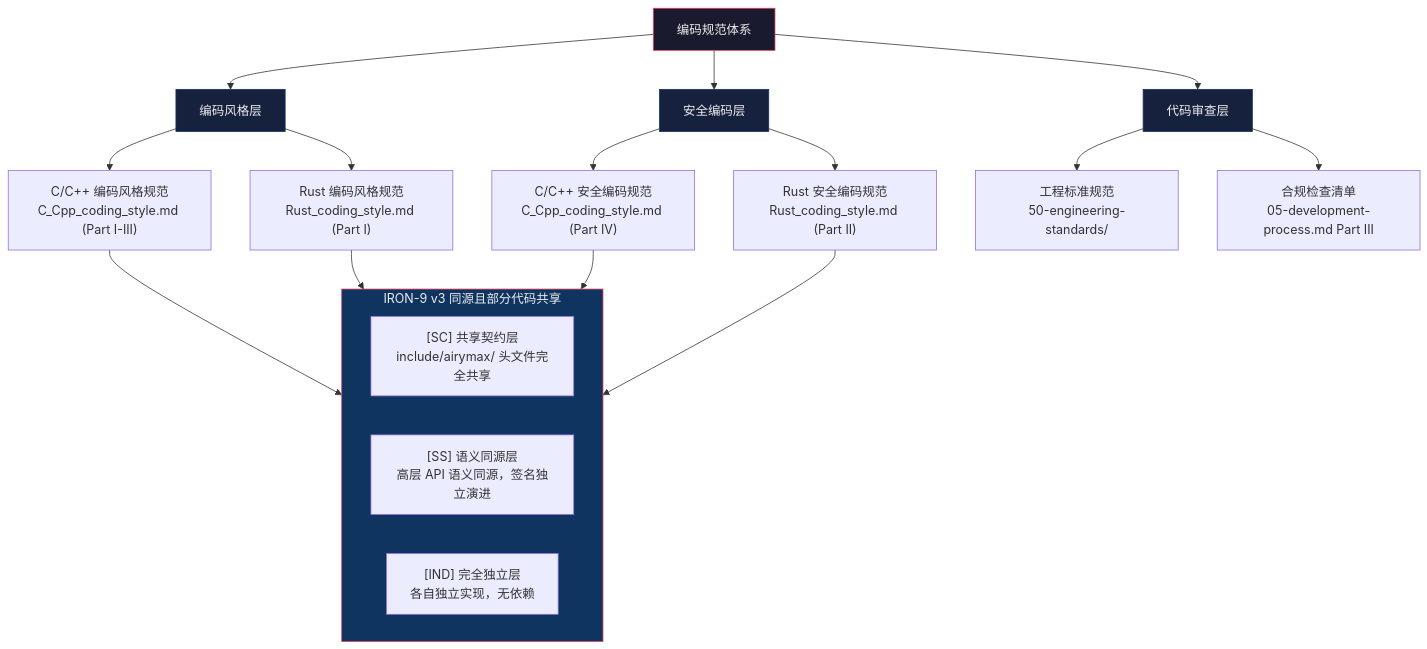
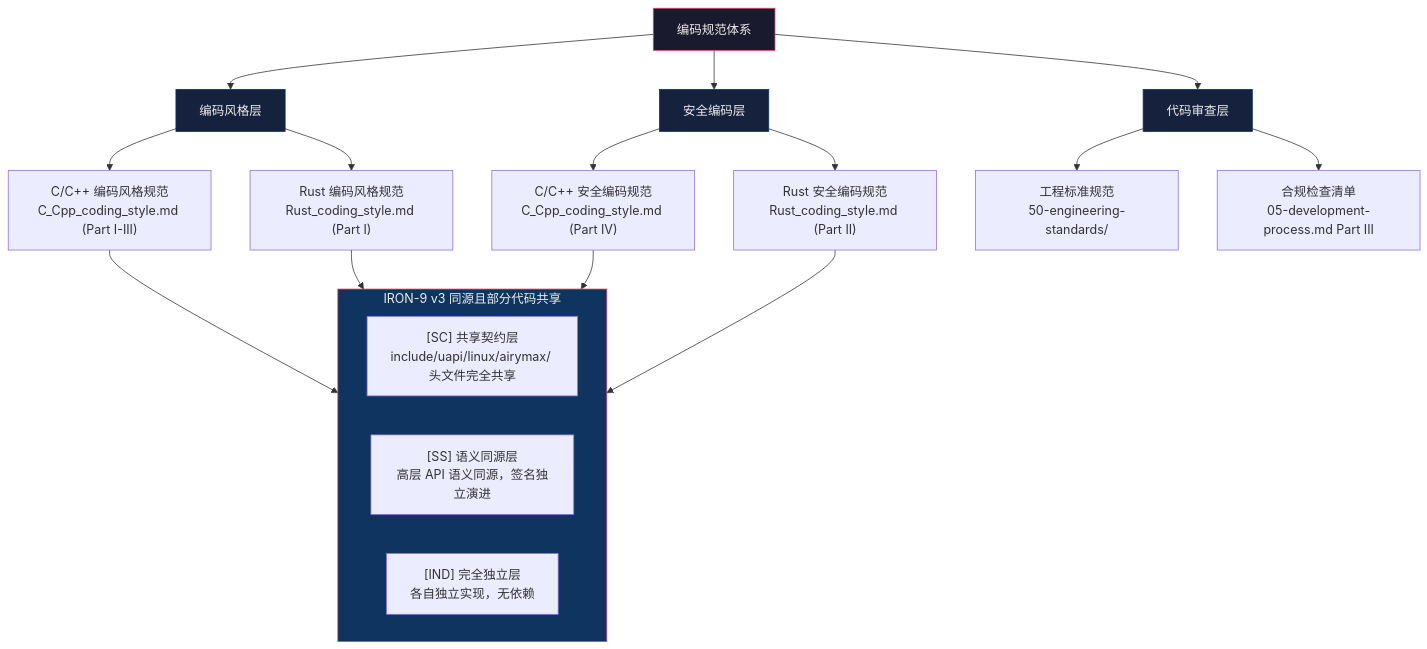
The first of 2 diagrams in AirymaxOS/50-engineering-standards/10-coding-style/README.md (openairymax/docs), drawn with Mermaid before and after one commit. The commit also changed other lines of this file and 125 other files, not shown here.

````diff
--- a/AirymaxOS/50-engineering-standards/10-coding-style/README.md
+++ b/AirymaxOS/50-engineering-standards/10-coding-style/README.md
@@ -52,32 +52,32 @@
 ```mermaid
 graph TD
     A["编码规范体系"] --> B["编码风格层"]
     A --> C["安全编码层"]
     A --> D["代码审查层"]
 
     B --> B1["C/C++ 编码风格规范<br/>C_Cpp_coding_style.md (Part I-III)"]
     B --> B2["Rust 编码风格规范<br/>Rust_coding_style.md (Part I)"]
 
     C --> C1["C/C++ 安全编码规范<br/>C_Cpp_coding_style.md (Part IV)"]
     C --> C2["Rust 安全编码规范<br/>Rust_coding_style.md (Part II)"]
 
     D --> D1["工程标准规范<br/>50-engineering-standards/"]
     D --> D2["合规检查清单<br/>05-development-process.md Part III"]
 
     B1 --> IRON["IRON-9 v3 四层模型"]
     B2 --> IRON
     C1 --> IRON
     C2 --> IRON
 
     subgraph IRON["IRON-9 v3 同源且部分代码共享"]
-        SC["[SC] 共享契约层<br/>include/airymax/ 头文件完全共享"]
+        SC["[SC] 共享契约层<br/>include/uapi/linux/airymax/ 头文件完全共享"]
         SS["[SS] 语义同源层<br/>高层 API 语义同源，签名独立演进"]
         IND["[IND] 完全独立层<br/>各自独立实现，无依赖"]
     end
 
     style A fill:#1a1a2e,stroke:#e94560,color:#eee
     style B fill:#16213e,stroke:#0f3460,color:#eee
     style C fill:#16213e,stroke:#0f3460,color:#eee
     style D fill:#16213e,stroke:#0f3460,color:#eee
     style IRON fill:#0f3460,stroke:#e94560,color:#eee
 ```
````
